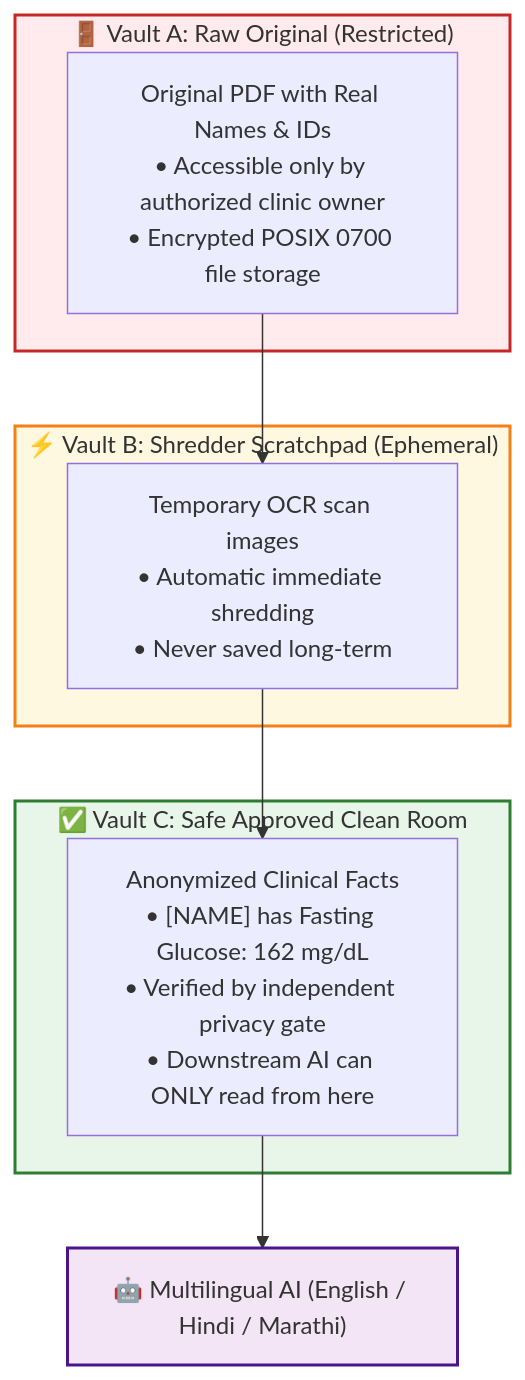
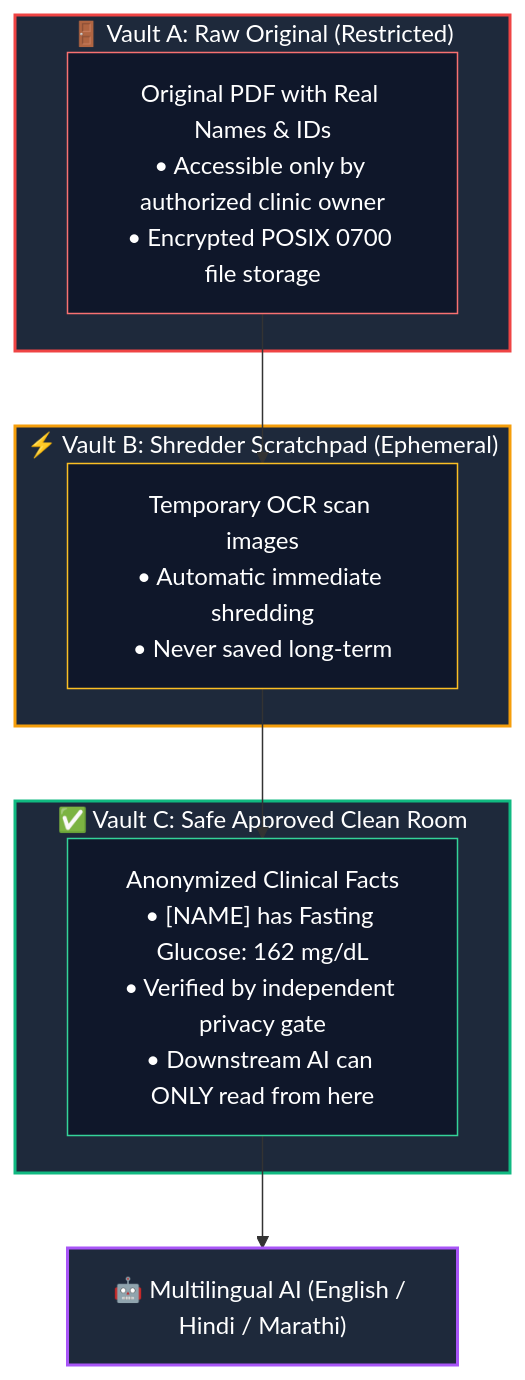
The second of 2 diagrams in README.md (AbhijeetArunGore/Clinivara), drawn with Mermaid before and after one commit. The commit also changed other lines of this file, not shown here.

Commit message:
style: fix mermaid diagram text contrast with explicit white text and dark card backgrounds

````diff
--- a/README.md
+++ b/README.md
@@ -59,23 +59,26 @@
 ```mermaid
 graph TD
     subgraph VaultA ["🚪 Vault A: Raw Original (Restricted)"]
         Raw["Original PDF with Real Names & IDs<br/>• Accessible only by authorized clinic owner<br/>• Encrypted POSIX 0700 file storage"]
     end
 
     subgraph VaultB ["⚡ Vault B: Shredder Scratchpad (Ephemeral)"]
         Scratch["Temporary OCR scan images<br/>• Automatic immediate shredding<br/>• Never saved long-term"]
     end
 
     subgraph VaultC ["✅ Vault C: Safe Approved Clean Room"]
         Clean["Anonymized Clinical Facts<br/>• [NAME] has Fasting Glucose: 162 mg/dL<br/>• Verified by independent privacy gate<br/>• Downstream AI can ONLY read from here"]
     end
 
     Raw --> Scratch
     Scratch --> Clean
     Clean --> AI["🤖 Multilingual AI (English / Hindi / Marathi)"]
 
-    style VaultA fill:#ffebee,stroke:#c62828,stroke-width:2px
-    style VaultB fill:#fff8e1,stroke:#f57f17,stroke-width:2px
-    style VaultC fill:#e8f5e9,stroke:#2e7d32,stroke-width:2px
-    style AI fill:#f3e5f5,stroke:#4a148c,stroke-width:2px
+    style VaultA fill:#1e293b,stroke:#ef4444,stroke-width:2px,color:#ffffff
+    style VaultB fill:#1e293b,stroke:#f59e0b,stroke-width:2px,color:#ffffff
+    style VaultC fill:#1e293b,stroke:#10b981,stroke-width:2px,color:#ffffff
+    style Raw fill:#0f172a,stroke:#f87171,stroke-width:1px,color:#ffffff
+    style Scratch fill:#0f172a,stroke:#fbbf24,stroke-width:1px,color:#ffffff
+    style Clean fill:#0f172a,stroke:#34d399,stroke-width:1px,color:#ffffff
+    style AI fill:#1e293b,stroke:#a855f7,stroke-width:2px,color:#ffffff
 ```
````
